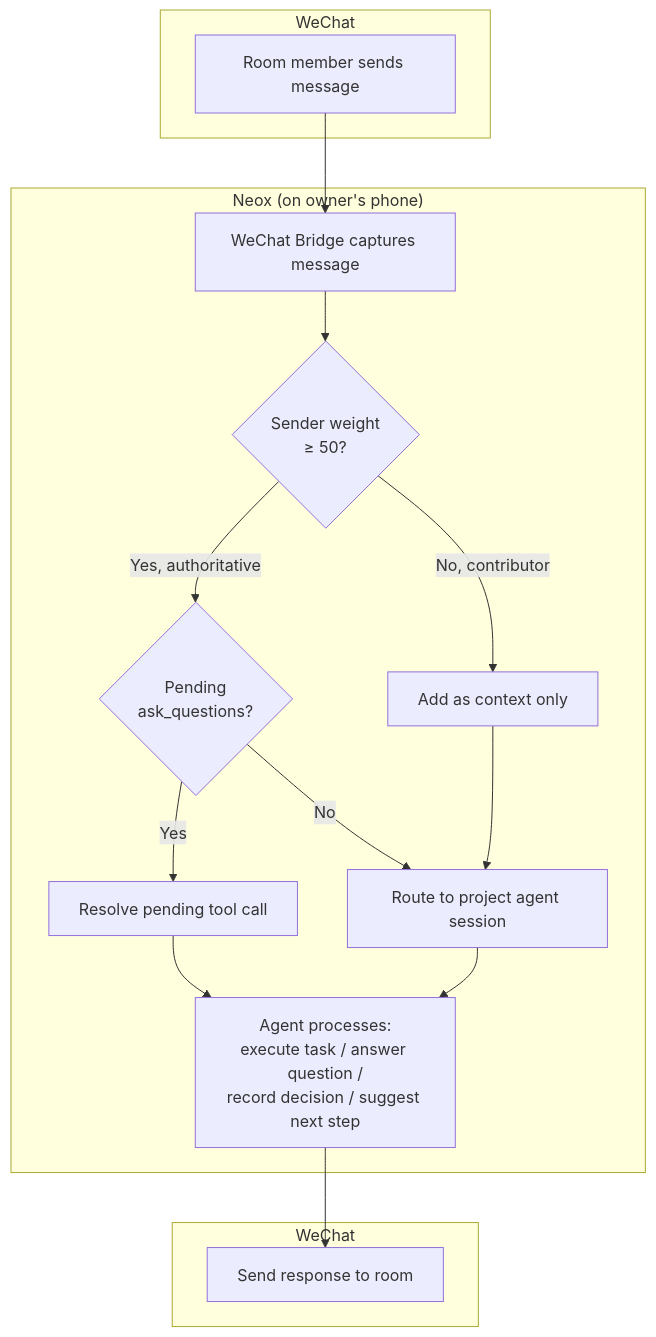
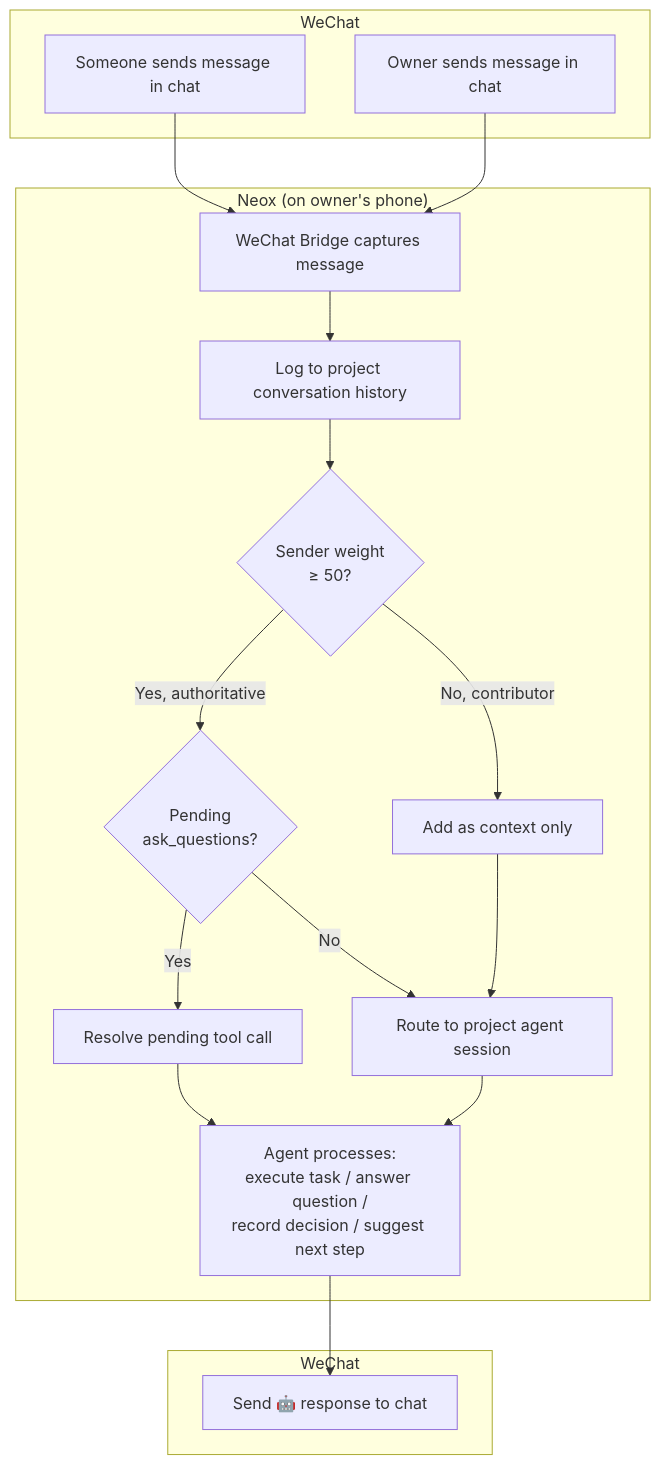
Before and after one commit to lalalic/neox: the second of 6 diagrams in docs/2026-04-10-wechat-bidirectional-design.md, drawn with Mermaid. The commit also changed other lines of this file, not shown here.

Commit message:
docs: rename scen1 to Project Assistant, merge room/1:1 into one flow

````diff
--- a/docs/2026-04-10-wechat-bidirectional-design.md
+++ b/docs/2026-04-10-wechat-bidirectional-design.md
@@ -53,28 +51,31 @@
 ```mermaid
 flowchart TB
     subgraph WeChat
-        M[Room member sends message]
+        M[Someone sends message in chat]
+        M2[Owner sends message in chat]
     end
 
     subgraph Neox["Neox (on owner's phone)"]
         B[WeChat Bridge captures message]
+        L[Log to project conversation history]
         W{Sender weight<br/>≥ 50?}
         Q{Pending<br/>ask_questions?}
         A[Route to project agent session]
         T[Resolve pending tool call]
         C[Add as context only]
         S[Agent processes:<br/>execute task / answer question /<br/>record decision / suggest next step]
     end
 
     subgraph WeChat2[WeChat]
-        O[Send response to room]
+        O[Send 🤖 response to chat]
     end
 
-    M --> B --> W
+    M --> B --> L --> W
+    M2 --> B
     W -->|Yes, authoritative| Q
     W -->|No, contributor| C
     Q -->|Yes| T --> S
     Q -->|No| A --> S
     C --> A
     S --> O
 ```
````
